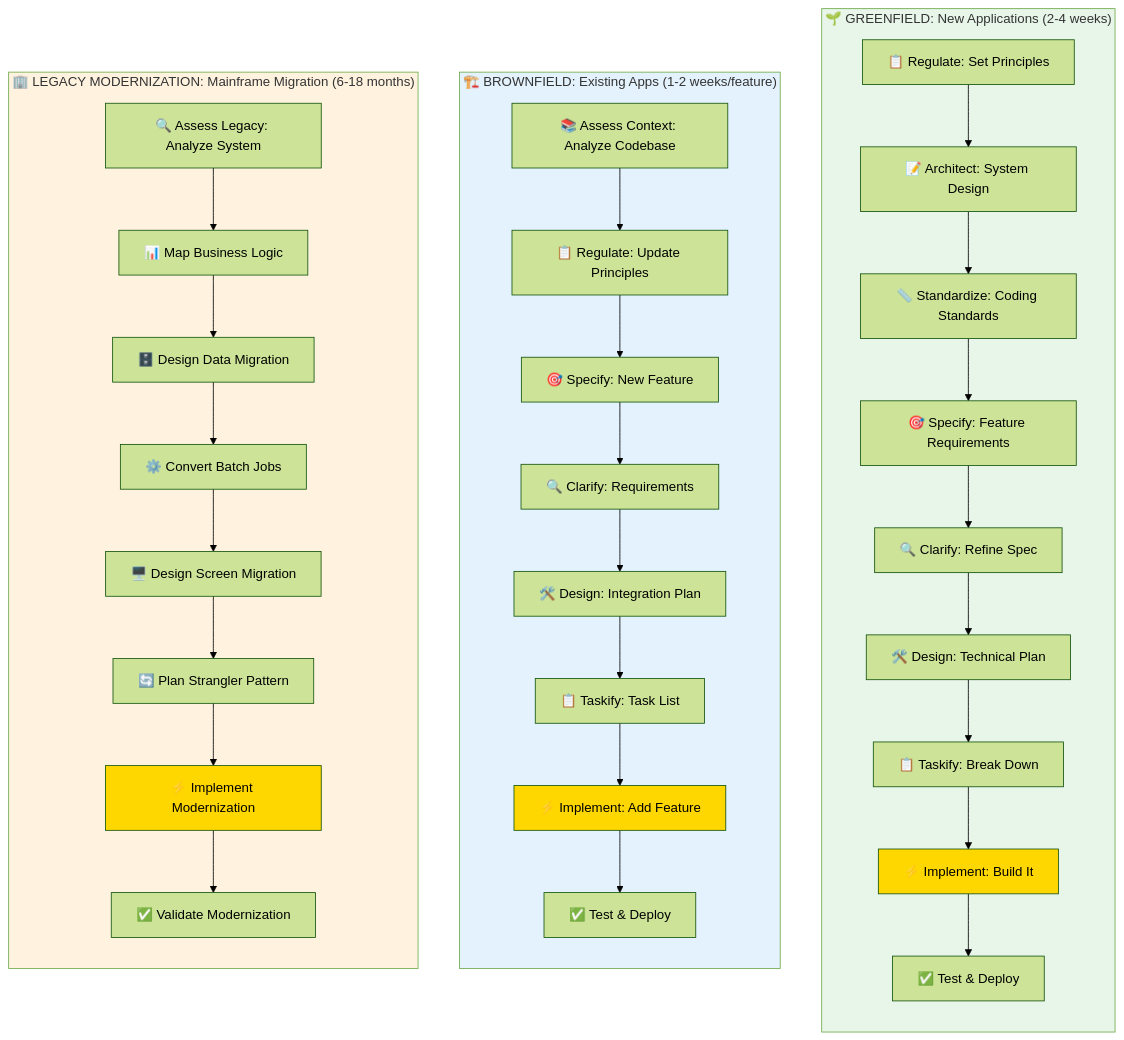
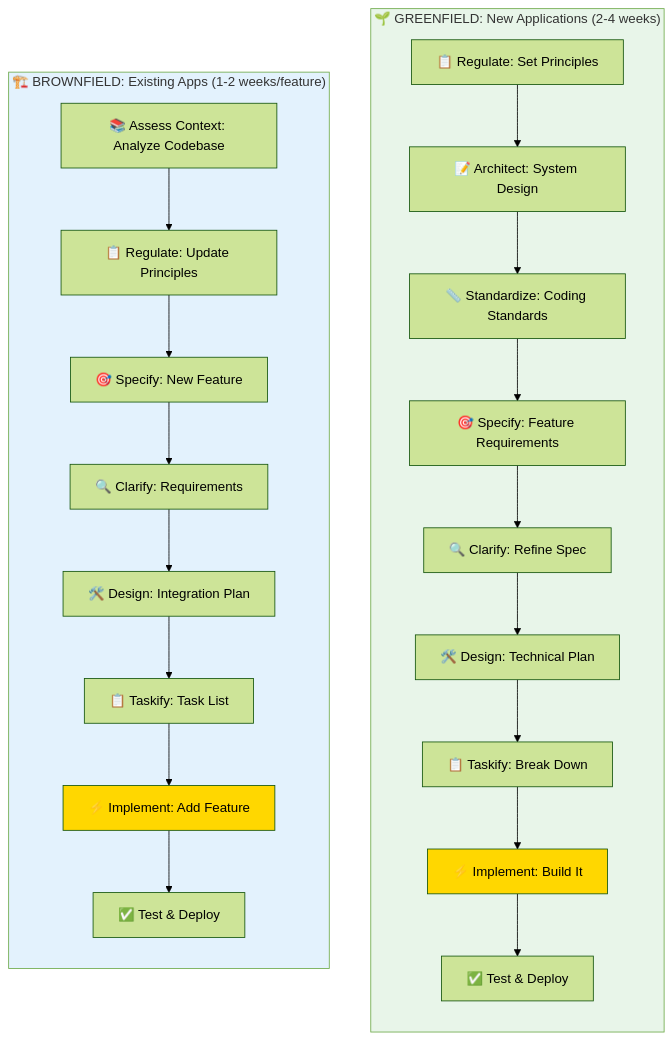
One commit to DauQuangThanh/hanoi-rainbow changed the third of 4 diagrams in README.md. Above: the diagram before and after it, drawn with Mermaid (forest theme). The commit also changed other lines of this file and 35 other files, not shown here.

````diff
--- a/README.md
+++ b/README.md
@@ -455,43 +441,30 @@
 ```mermaid
 flowchart TB
     subgraph Greenfield["🌱 GREENFIELD: New Applications (2-4 weeks)"]
         direction TB
         GF1[📋 Regulate: Set Principles] --> GF2[📝 Architect: System Design]
         GF2 --> GF3[📏 Standardize: Coding Standards]
         GF3 --> GF4[🎯 Specify: Feature Requirements]
         GF4 --> GF5[🔍 Clarify: Refine Spec]
         GF5 --> GF6[🛠️ Design: Technical Plan]
         GF6 --> GF7[📋 Taskify: Break Down]
         GF7 --> GF8[⚡ Implement: Build It]
         GF8 --> GF9[✅ Test & Deploy]
     end
     
     subgraph Brownfield["🏗️ BROWNFIELD: Existing Apps (1-2 weeks/feature)"]
         direction TB
         BF1[📚 Assess Context: Analyze Codebase] --> BF2[📋 Regulate: Update Principles]
         BF2 --> BF3[🎯 Specify: New Feature]
         BF3 --> BF4[🔍 Clarify: Requirements]
         BF4 --> BF5[🛠️ Design: Integration Plan]
         BF5 --> BF6[📋 Taskify: Task List]
         BF6 --> BF7[⚡ Implement: Add Feature]
         BF7 --> BF8[✅ Test & Deploy]
     end
     
-    subgraph Legacy["🏢 LEGACY MODERNIZATION: Mainframe Migration (6-18 months)"]
-        direction TB
-        LM1[🔍 Assess Legacy: Analyze System] --> LM2[📊 Map Business Logic]
-        LM2 --> LM3[🗄️ Design Data Migration]
-        LM3 --> LM4[⚙️ Convert Batch Jobs]
-        LM4 --> LM5[🖥️ Design Screen Migration]
-        LM5 --> LM6[🔄 Plan Strangler Pattern]
-        LM6 --> LM7[⚡ Implement Modernization]
-        LM7 --> LM8[✅ Validate Modernization]
-    end
-    
     style Greenfield fill:#E8F5E9
     style Brownfield fill:#E3F2FD
-    style Legacy fill:#FFF3E0
     style GF8 fill:#FFD700
     style BF7 fill:#FFD700
-    style LM7 fill:#FFD700
 ```
````
